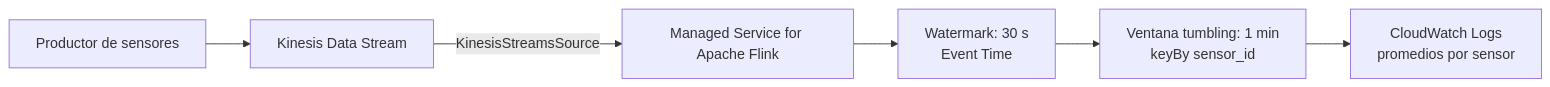
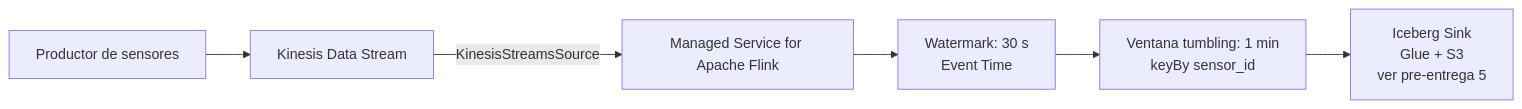
One commit to EmanuelG12/data-engineering-coderhouse changed the second of 3 diagrams in README.md. Above: the diagram before and after it, drawn with Mermaid. The commit also changed other lines of this file and 11 other files, not shown here.

````diff
--- a/README.md
+++ b/README.md
@@ -255,8 +258,8 @@
 ```mermaid
 flowchart LR
     P[Productor de sensores] --> K[Kinesis Data Stream]
     K -->|KinesisStreamsSource| F[Managed Service for Apache Flink]
     F --> W[Watermark: 30 s<br/>Event Time]
     W --> A[Ventana tumbling: 1 min<br/>keyBy sensor_id]
-    A --> L[CloudWatch Logs<br/>promedios por sensor]
+    A --> L[Iceberg Sink<br/>Glue + S3<br/>ver pre-entrega 5]
 ```
````
